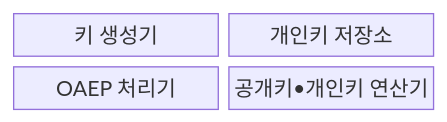
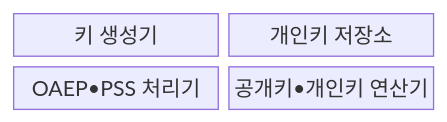
One commit to agnusdei1207/knowledge-base changed the first of 2 diagrams in src/content/docs/notes/01-basic-theory/059_crypto_math_rsa.md. Above: the diagram before and after it, drawn with Mermaid. The commit also changed other lines of this file and 20 other files, not shown here.

````diff
--- a/src/content/docs/notes/01-basic-theory/059_crypto_math_rsa.md
+++ b/src/content/docs/notes/01-basic-theory/059_crypto_math_rsa.md
@@ -79,8 +79,8 @@
 ```mermaid
 block
     columns 2
     G["키 생성기"]
     S["개인키 저장소"]
-    O["OAEP 처리기"]
+    O["OAEP•PSS 처리기"]
     K["공개키•개인키 연산기"]
 ```
````
